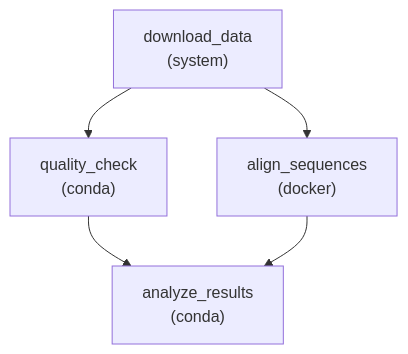
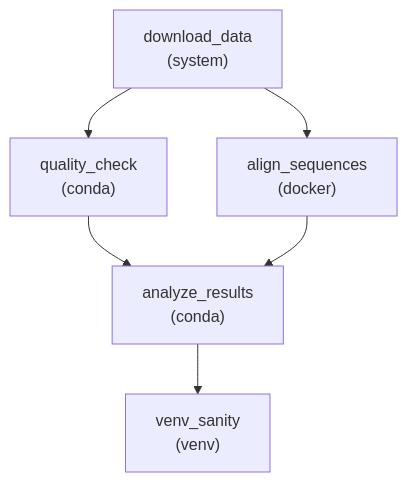
One commit to Traitome/oxo-flow changed the diagram in docs/guide/src/gallery/environment-mgmt.md. Above: the diagram before and after it, drawn with Mermaid. The commit also changed other lines of this file and 19 other files, not shown here.

````diff
--- a/docs/guide/src/gallery/environment-mgmt.md
+++ b/docs/guide/src/gallery/environment-mgmt.md
@@ -69,7 +69,8 @@
 ```mermaid
 graph TD
     A["download_data<br/>(system)"] --> B["quality_check<br/>(conda)"]
     A --> C["align_sequences<br/>(docker)"]
     B --> D["analyze_results<br/>(conda)"]
     C --> D
+    D --> E["venv_sanity<br/>(venv)"]
 ```
````
